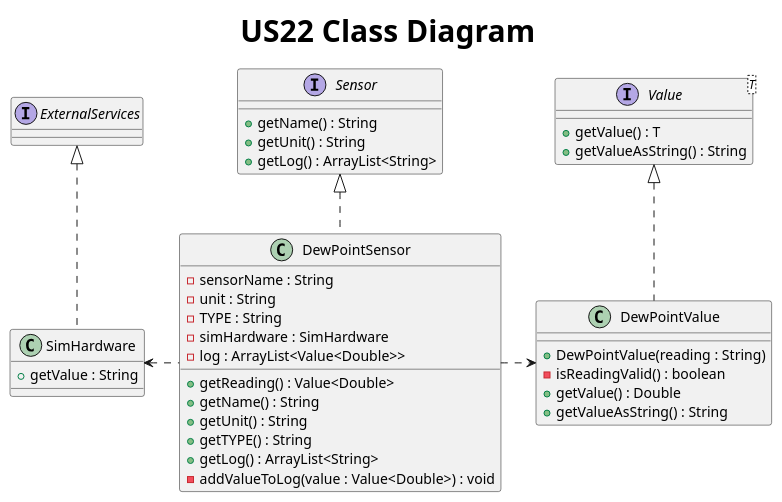
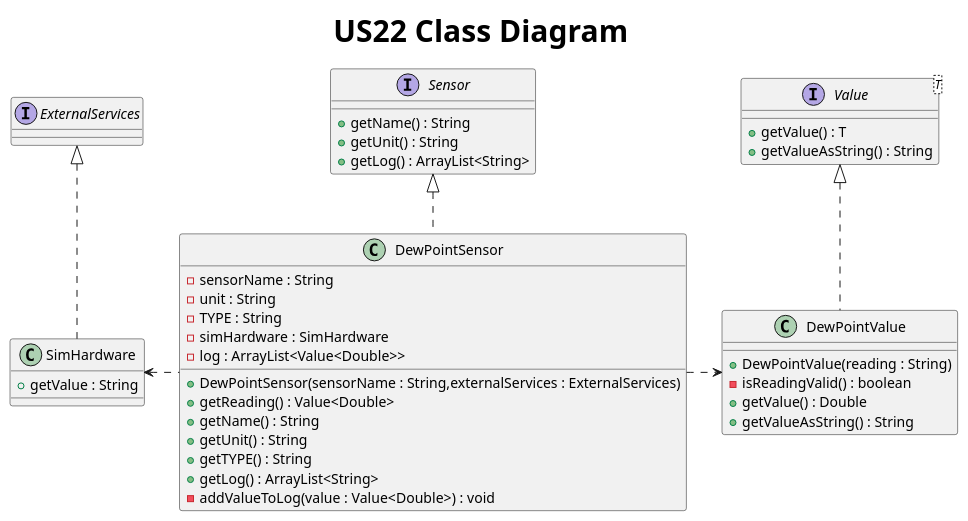
One commit to AfonsoNeves77/smartHouse changed the diagram in Docs/US22/S3U22ClassDIagram.puml. Above: the diagram before and after it, drawn with PlantUML. The commit also changed 5 other files, not shown here.

Commit message:
Team review: added sensor constructor methods to sensor class diagrams.

```diff
--- a/Docs/US22/S3U22ClassDIagram.puml
+++ b/Docs/US22/S3U22ClassDIagram.puml
@@ -1,50 +1,51 @@
 @startuml
 title <size: 30> US22 Class Diagram
 
 interface Sensor {
     + getName() : String
     + getUnit() : String
     + getLog() : ArrayList<String>
 }
 
 interface Value<T> {
     + getValue() : T
     + getValueAsString() : String
 }
 
 interface ExternalServices{
 }
 
 class SimHardware {
      + getValue : String
      }
 
 class DewPointSensor{
     - sensorName : String
     - unit : String
     - TYPE : String
     - simHardware : SimHardware
     - log : ArrayList<Value<Double>>
 
+    + DewPointSensor(sensorName : String,externalServices : ExternalServices)
     + getReading() : Value<Double>
     + getName() : String
     + getUnit() : String
     + getTYPE() : String
     + getLog() : ArrayList<String>
     - addValueToLog(value : Value<Double>) : void
 }
 
 class DewPointValue {
     + DewPointValue(reading : String)
     - isReadingValid() : boolean
     + getValue() : Double
     + getValueAsString() : String
 }
 
 Value <|.. DewPointValue
 Sensor <|.. DewPointSensor
 DewPointSensor .right.> DewPointValue
 SimHardware <. DewPointSensor
 ExternalServices <|.. SimHardware
 
 @enduml
```
